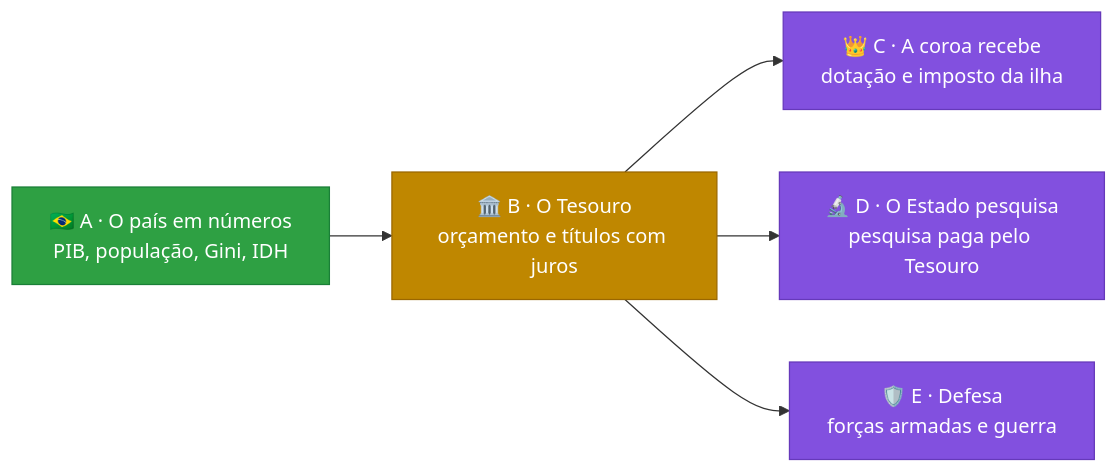
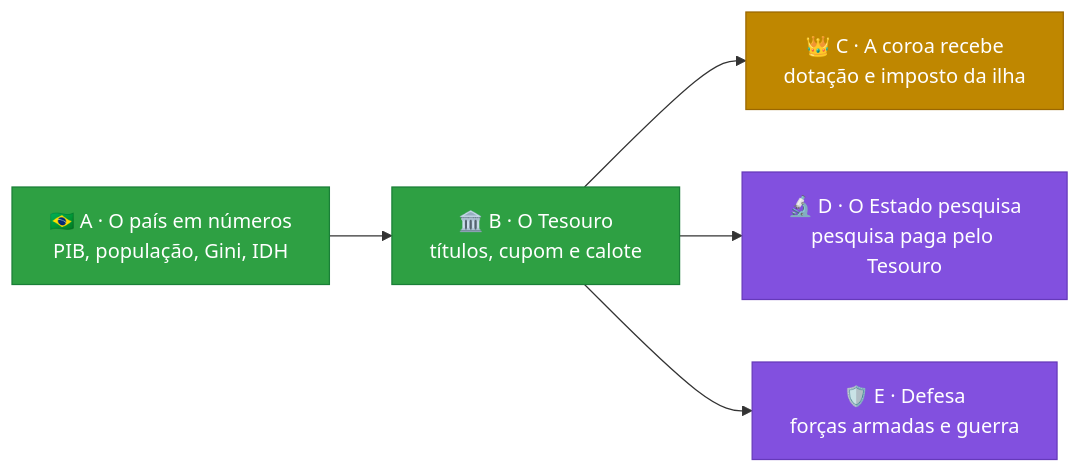
One commit to Lhordriyon/Calculadora-Viva changed the diagram in README.md. Above: the diagram before and after it, drawn with Mermaid. The commit also changed other lines of this file and 5 other files, not shown here.

````diff
--- a/README.md
+++ b/README.md
@@ -50,10 +51,10 @@
 ```mermaid
 flowchart LR
-  A["🇧🇷 A · O país em números<br/>PIB, população, Gini, IDH"]:::feito --> B["🏛️ B · O Tesouro<br/>orçamento e títulos com juros"]:::proximo
-  B --> C["👑 C · A coroa recebe<br/>dotação e imposto da ilha"]:::depois
+  A["🇧🇷 A · O país em números<br/>PIB, população, Gini, IDH"]:::feito --> B["🏛️ B · O Tesouro<br/>títulos, cupom e calote"]:::feito
+  B --> C["👑 C · A coroa recebe<br/>dotação e imposto da ilha"]:::proximo
   B --> D["🔬 D · O Estado pesquisa<br/>pesquisa paga pelo Tesouro"]:::depois
   B --> E["🛡️ E · Defesa<br/>forças armadas e guerra"]:::depois
   classDef feito fill:#2ea043,stroke:#1a7f37,color:#fff
   classDef proximo fill:#bf8700,stroke:#9a6700,color:#fff
   classDef depois fill:#8250df,stroke:#6639ba,color:#fff
 ```
````
